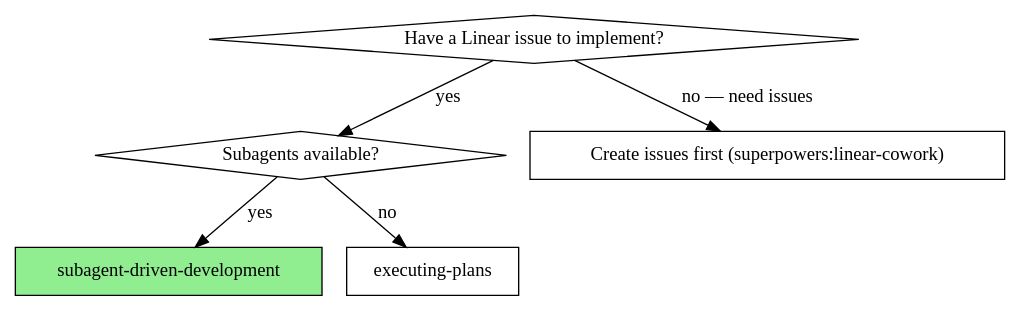
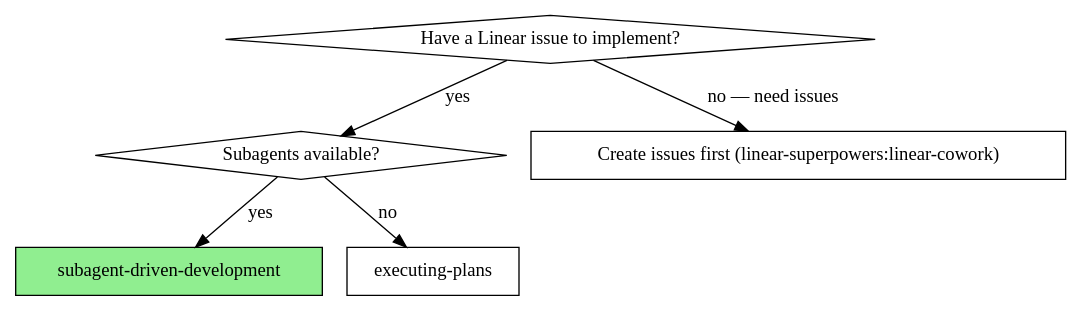
The first of 2 diagrams in skills/subagent-driven-development/SKILL.md (prokizzle/linear-superpowers), drawn with Graphviz before and after one commit. The commit also changed other lines of this file and 15 other files, not shown here.

First line of the commit message:
Scope all skill references to linear-superpowers namespace

````diff
--- a/skills/subagent-driven-development/SKILL.md
+++ b/skills/subagent-driven-development/SKILL.md
@@ -14,14 +14,14 @@
 ```dot
 digraph when_to_use {
     "Have a Linear issue to implement?" [shape=diamond];
     "Subagents available?" [shape=diamond];
     "subagent-driven-development" [shape=box style=filled fillcolor=lightgreen];
     "executing-plans" [shape=box];
-    "Create issues first (superpowers:linear-cowork)" [shape=box];
+    "Create issues first (linear-superpowers:linear-cowork)" [shape=box];
 
     "Have a Linear issue to implement?" -> "Subagents available?" [label="yes"];
-    "Have a Linear issue to implement?" -> "Create issues first (superpowers:linear-cowork)" [label="no — need issues"];
+    "Have a Linear issue to implement?" -> "Create issues first (linear-superpowers:linear-cowork)" [label="no — need issues"];
     "Subagents available?" -> "subagent-driven-development" [label="yes"];
     "Subagents available?" -> "executing-plans" [label="no"];
 }
 ```
````
